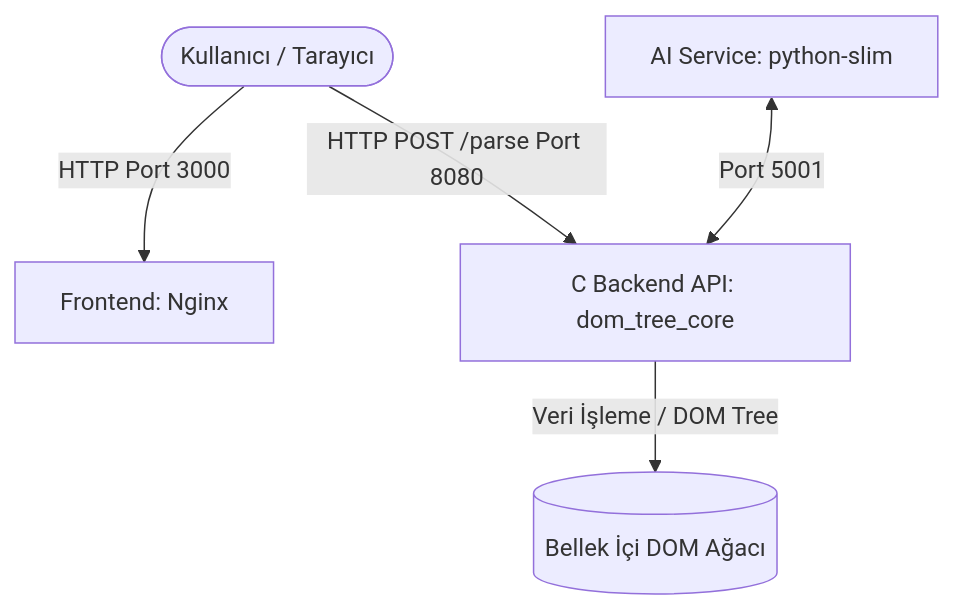
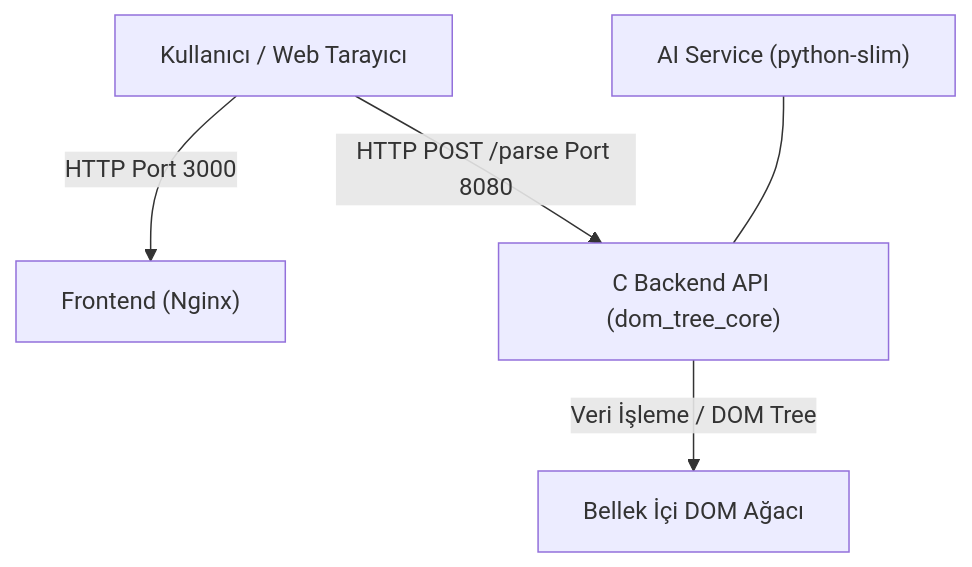
Before and after one commit to BerkanKayrakoglu/VeriYapilari_DOM_Tree: the first of 2 diagrams in RAPOR.md, drawn with Mermaid. The commit also changed other lines of this file, not shown here.

Commit message:
docs(report): update RAPOR.md with detailed report and working Mermaid diagrams

````diff
--- a/RAPOR.md
+++ b/RAPOR.md
@@ -13,7 +33,7 @@
 ```mermaid
 graph TD
-    User([Kullanıcı / Tarayıcı]) -->|HTTP Port 3000| FE[Frontend: Nginx]
-    User -->|HTTP POST /parse Port 8080| BE[C Backend API: dom_tree_core]
-    BE -->|Veri İşleme / DOM Tree| DB[(Bellek İçi DOM Ağacı)]
-    AI[AI Service: python-slim] <-->|Port 5001| BE
+    User["Kullanıcı / Web Tarayıcı"] -->|HTTP Port 3000| FE["Frontend (Nginx)"]
+    User -->|HTTP POST /parse Port 8080| BE["C Backend API (dom_tree_core)"]
+    BE -->|Veri İşleme / DOM Tree| DB["Bellek İçi DOM Ağacı"]
+    AI["AI Service (python-slim)"] --- BE
 ```
````
